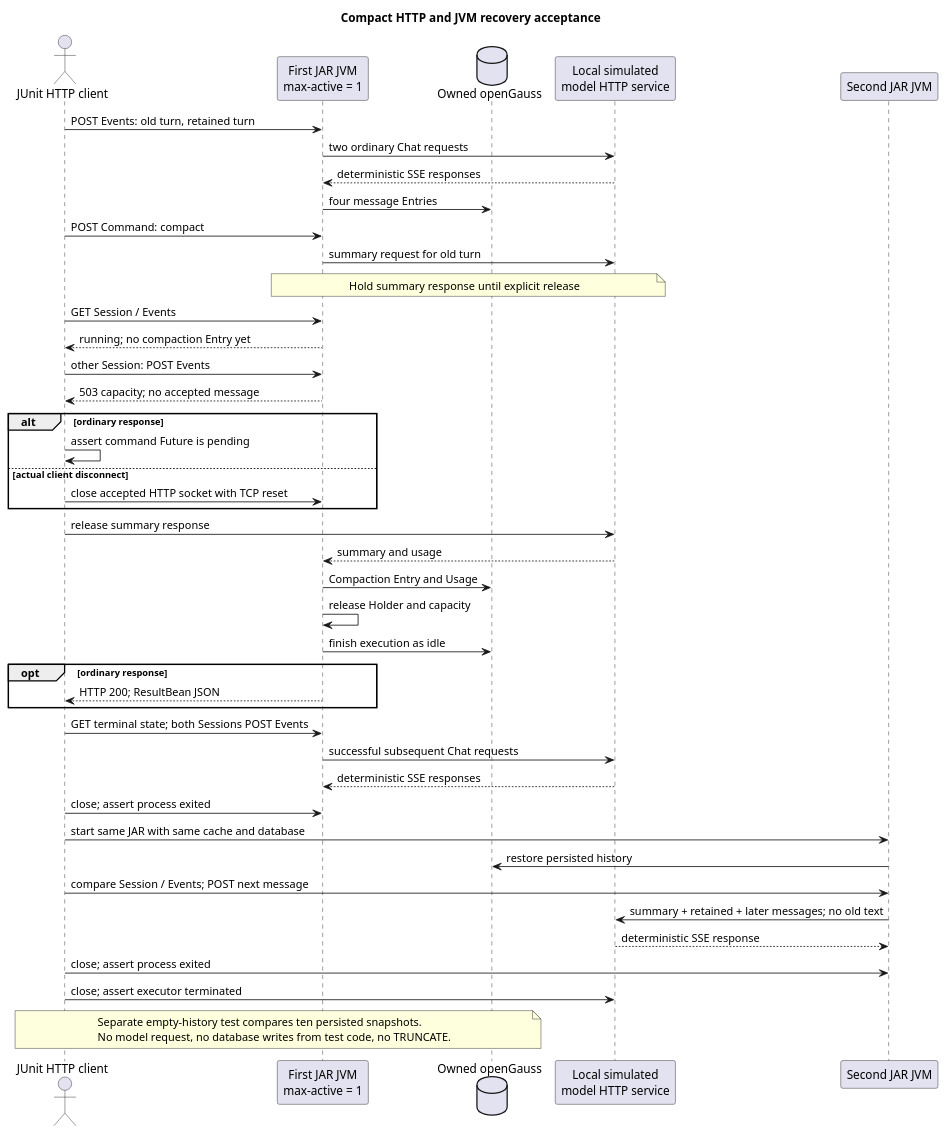
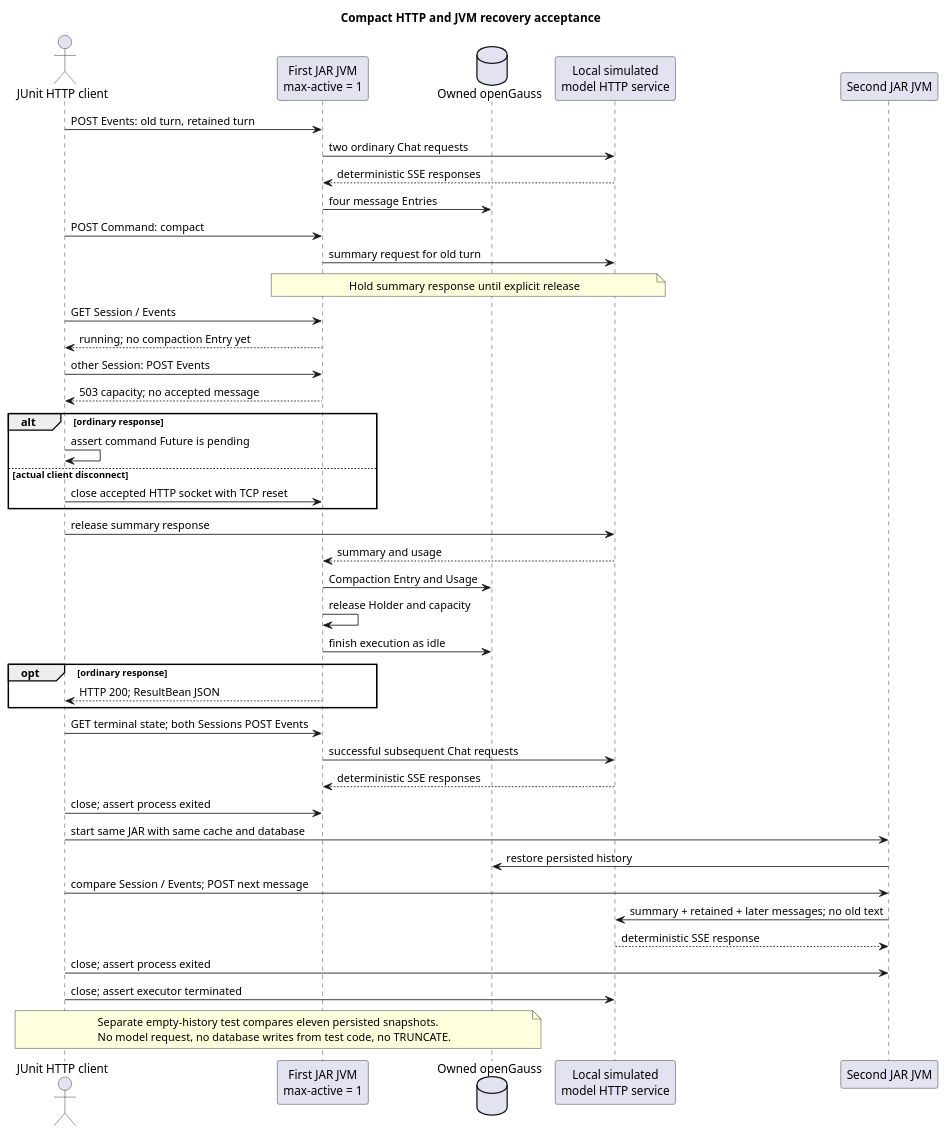
The diagram in docs/designs/compact-command-process-tests/diagram.puml (2862282695gjh-afk/pi-mono-java), drawn with PlantUML before and after one commit. The commit also changed 3 other files, not shown here.

```diff
--- a/docs/designs/compact-command-process-tests/diagram.puml
+++ b/docs/designs/compact-command-process-tests/diagram.puml
@@ -1,60 +1,61 @@
 @startuml compact_process_acceptance
-' Java baseline: 5e200f5361e0d2944d7f7a04d97a89bfe7720228
+' Java baseline: 72f3550eabbfbf0f1cc3768430e3fc0206cb7a11
 ' Source: modules/coding-agent-cli/src/main/java/com/campusclaw/codingagent/runtimeapi/compaction/RuntimeCompactionService.java:prepare
 ' Source: modules/coding-agent-cli/src/main/java/com/campusclaw/codingagent/runtimeapi/compaction/RuntimeCompactionCoordinator.java:CompactionRun.finishLocked
 ' Source: modules/coding-agent-cli/src/main/java/com/campusclaw/codingagent/runtimeapi/event/RuntimeEntryCodec.java:effectiveContextEntries
 ' Source: modules/coding-agent-cli/src/main/java/com/campusclaw/codingagent/runtimeapi/event/RuntimeEventProjector.java:projectCompactionCompleted
 ' Observed behavior: JSON waits for compaction; persisted summary controls restored model context.
 ' Design reason: verify actual HTTP, database and JVM boundaries with existing shared test code.
 ' Test implementation: ee6523e71b85dcfe6baf39ddc0acc8f5f9ceb9ad
 ' Ten-table no-op coverage: 9b959f15480f4ce14cc327d419ef65bbf605e076
+' Current PR adds the eleventh snapshot for t_session_event_projection.
 ' Source: modules/coding-agent-cli/src/test/java/com/campusclaw/codingagent/runtimeapi/web/RuntimeCompactCommandOpenGaussIT.java:compactAndAwait,assertCapacityExhausted,assertReleasedResources,assertRestartedInput
 ' Scope: Java acceptance only; no new product architecture or pi behavior claim.
 skinparam shadowing false
 skinparam backgroundColor #FFFFFF
 title Compact HTTP and JVM recovery acceptance
 actor "JUnit HTTP client" as Test
 participant "First JAR JVM\nmax-active = 1" as First
 database "Owned openGauss" as DB
 participant "Local simulated\nmodel HTTP service" as Model
 participant "Second JAR JVM" as Second
 Test -> First : POST Events: old turn, retained turn
 First -> Model : two ordinary Chat requests
 Model --> First : deterministic SSE responses
 First -> DB : four message Entries
 Test -> First : POST Command: compact
 First -> Model : summary request for old turn
 note over First,Model : Hold summary response until explicit release
 Test -> First : GET Session / Events
 First --> Test : running; no compaction Entry yet
 Test -> First : other Session: POST Events
 First --> Test : 503 capacity; no accepted message
 alt ordinary response
   Test -> Test : assert command Future is pending
 else actual client disconnect
   Test -> First : close accepted HTTP socket with TCP reset
 end
 Test -> Model : release summary response
 Model --> First : summary and usage
 First -> DB : Compaction Entry and Usage
 First -> First : release Holder and capacity
 First -> DB : finish execution as idle
 opt ordinary response
   First --> Test : HTTP 200; ResultBean JSON
 end
 Test -> First : GET terminal state; both Sessions POST Events
 First -> Model : successful subsequent Chat requests
 Model --> First : deterministic SSE responses
 Test -> First : close; assert process exited
 Test -> Second : start same JAR with same cache and database
 Second -> DB : restore persisted history
 Test -> Second : compare Session / Events; POST next message
 Second -> Model : summary + retained + later messages; no old text
 Model --> Second : deterministic SSE response
 Test -> Second : close; assert process exited
 Test -> Model : close; assert executor terminated
 note over Test,DB
-  Separate empty-history test compares ten persisted snapshots.
+  Separate empty-history test compares eleven persisted snapshots.
   No model request, no database writes from test code, no TRUNCATE.
 end note
 @enduml
```
